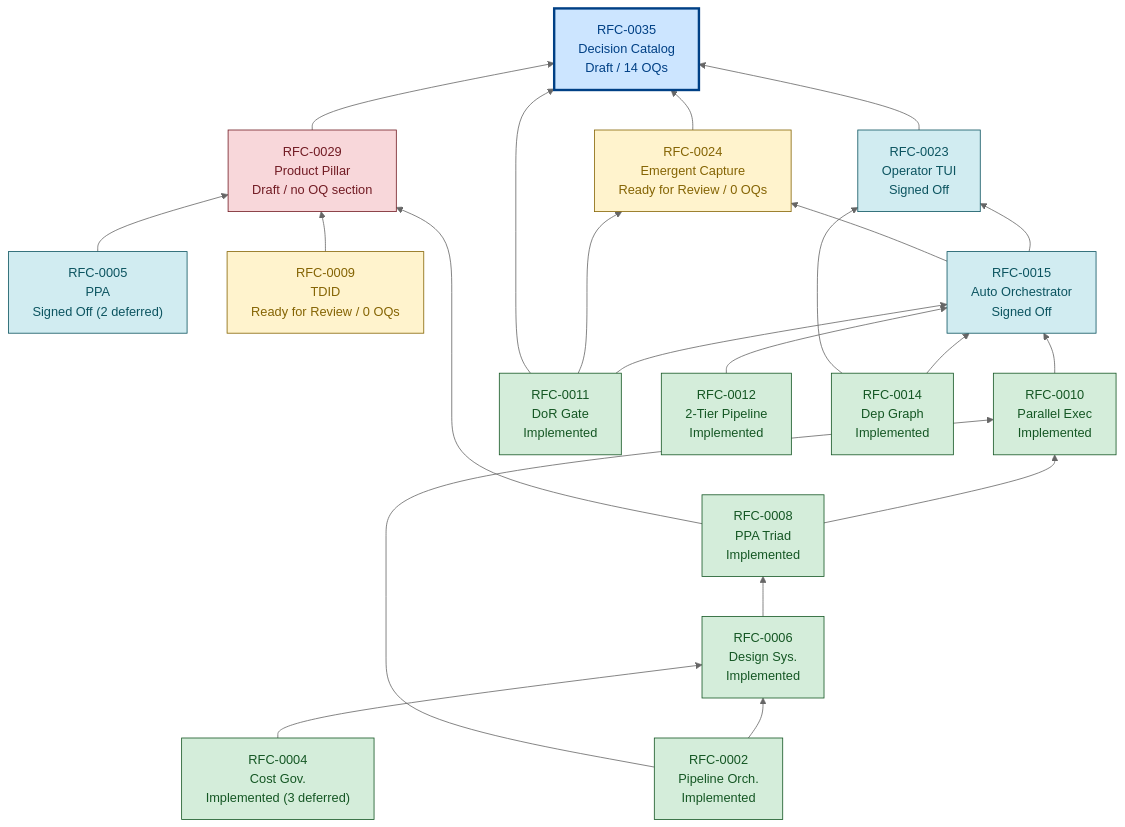
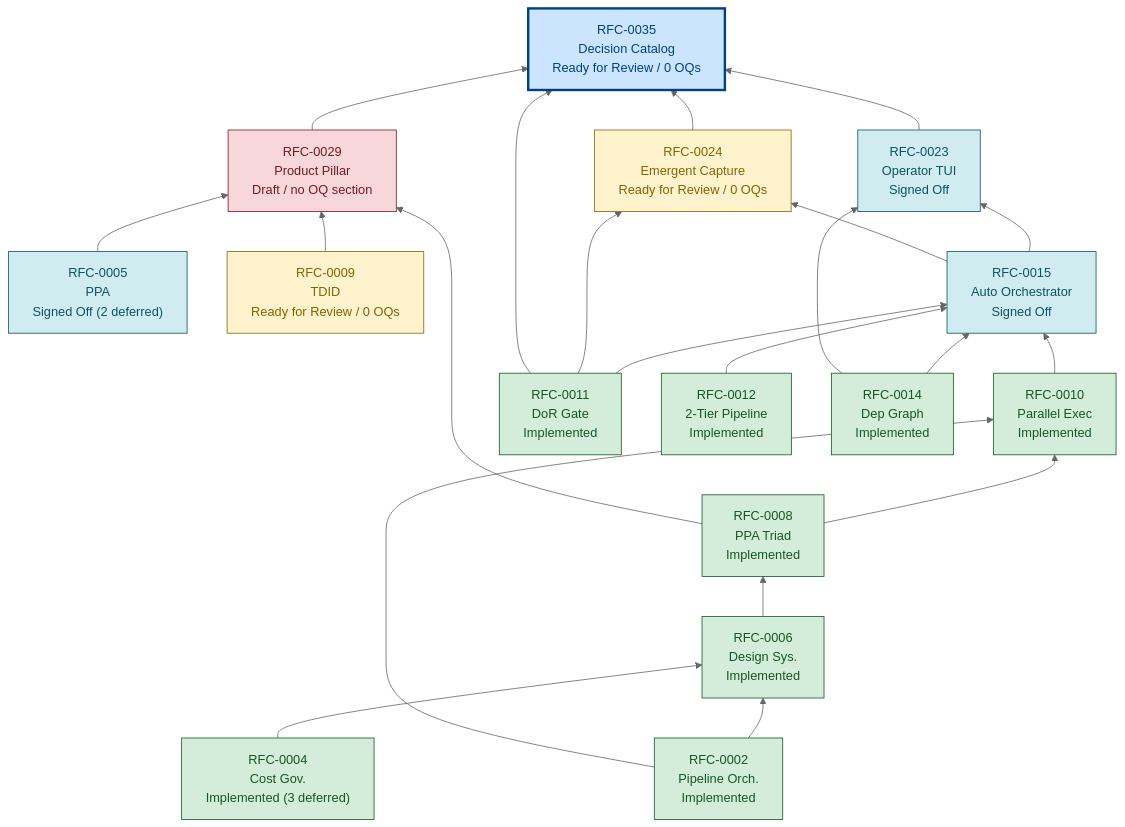
One commit to ai-sdlc-framework/ai-sdlc changed the diagram in spec/rfcs/README.md. Above: the diagram before and after it, drawn with Mermaid (neutral theme). The commit also changed other lines of this file and 1 other file, not shown here.

````diff
--- a/spec/rfcs/README.md
+++ b/spec/rfcs/README.md
@@ -429,55 +423,55 @@
 ```mermaid
 graph BT
     %% Critical-path graph rooted at RFC-0035 (Decision Catalog)
     %% Edge direction: child requires parent (bottom-up)
     %% Color: green = design locked, blue = signed off, yellow = ready for review / 0 OQs draft, red = OQs open, bold = target
 
     RFC0002["RFC-0002<br/>Pipeline Orch.<br/>Implemented"]
     RFC0004["RFC-0004<br/>Cost Gov.<br/>Implemented (3 deferred)"]
     RFC0005["RFC-0005<br/>PPA<br/>Signed Off (2 deferred)"]
     RFC0006["RFC-0006<br/>Design Sys.<br/>Implemented"]
     RFC0008["RFC-0008<br/>PPA Triad<br/>Implemented"]
     RFC0009["RFC-0009<br/>TDID<br/>Ready for Review / 0 OQs"]
     RFC0010["RFC-0010<br/>Parallel Exec<br/>Implemented"]
     RFC0011["RFC-0011<br/>DoR Gate<br/>Implemented"]
     RFC0012["RFC-0012<br/>2-Tier Pipeline<br/>Implemented"]
     RFC0014["RFC-0014<br/>Dep Graph<br/>Implemented"]
     RFC0015["RFC-0015<br/>Auto Orchestrator<br/>Signed Off"]
     RFC0023["RFC-0023<br/>Operator TUI<br/>Signed Off"]
     RFC0024["RFC-0024<br/>Emergent Capture<br/>Ready for Review / 0 OQs"]
     RFC0029["RFC-0029<br/>Product Pillar<br/>Draft / no OQ section"]
-    RFC0035["RFC-0035<br/>Decision Catalog<br/>Draft / 14 OQs"]
+    RFC0035["RFC-0035<br/>Decision Catalog<br/>Ready for Review / 0 OQs"]
 
     RFC0002 --> RFC0006
     RFC0004 --> RFC0006
     RFC0006 --> RFC0008
     RFC0002 --> RFC0010
     RFC0008 --> RFC0010
     RFC0010 --> RFC0015
     RFC0011 --> RFC0015
     RFC0012 --> RFC0015
     RFC0014 --> RFC0015
     RFC0014 --> RFC0023
     RFC0015 --> RFC0023
     RFC0011 --> RFC0024
     RFC0015 --> RFC0024
     RFC0005 --> RFC0029
     RFC0008 --> RFC0029
     RFC0009 --> RFC0029
     RFC0011 --> RFC0035
     RFC0023 --> RFC0035
     RFC0024 --> RFC0035
     RFC0029 --> RFC0035
 
     classDef implemented fill:#d4edda,stroke:#155724,color:#155724
     classDef signedOff fill:#d1ecf1,stroke:#0c5460,color:#0c5460
     classDef readyOrZero fill:#fff3cd,stroke:#856404,color:#856404
     classDef draftOpen fill:#f8d7da,stroke:#721c24,color:#721c24
     classDef target fill:#cce5ff,stroke:#004085,color:#004085,stroke-width:3px
 
     class RFC0002,RFC0004,RFC0006,RFC0008,RFC0010,RFC0011,RFC0012,RFC0014 implemented
     class RFC0005,RFC0015,RFC0023 signedOff
     class RFC0009,RFC0024 readyOrZero
     class RFC0029 draftOpen
     class RFC0035 target
 ```
````
